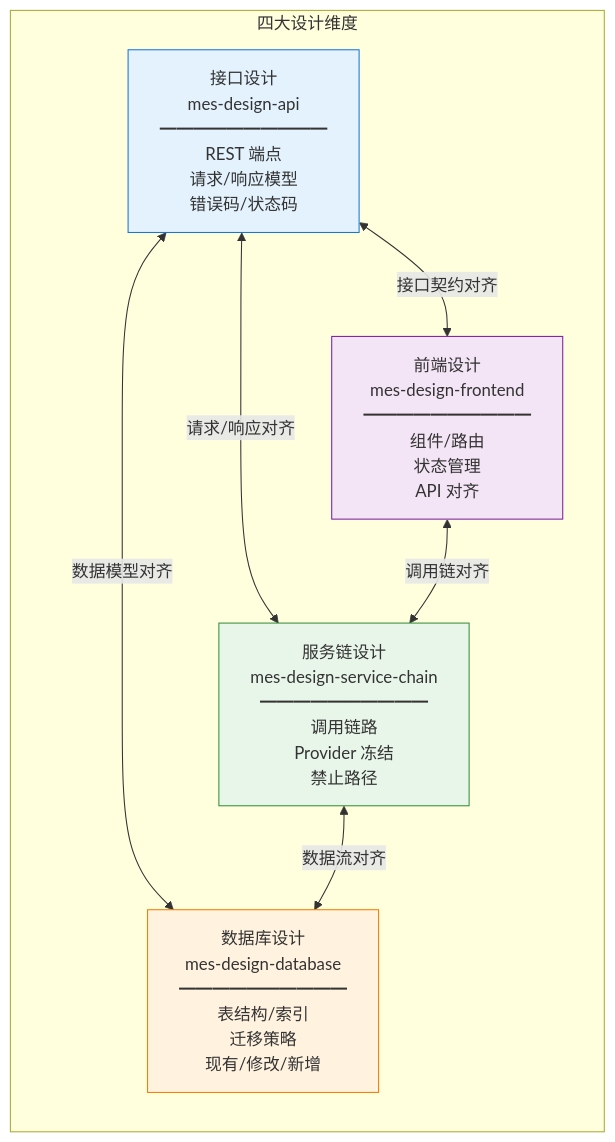
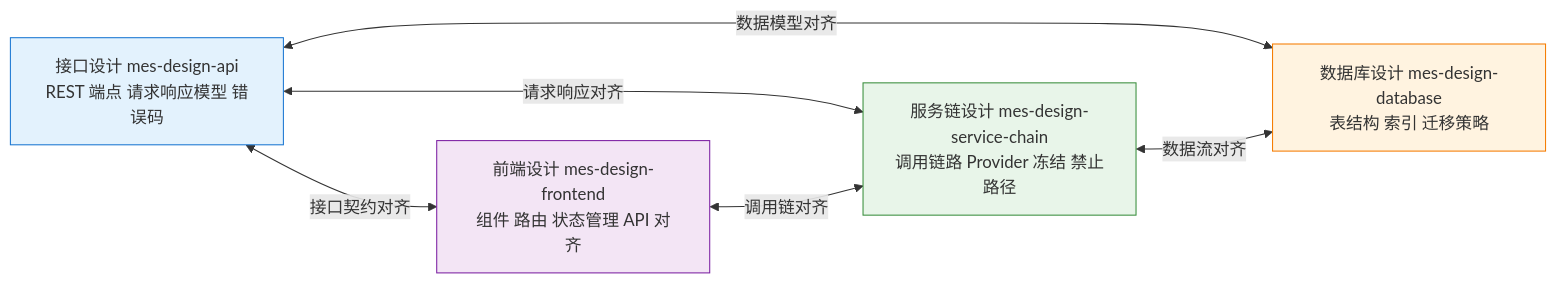
The second of 5 diagrams in mes-ai-dev/workspace/training/03-phase-design-flowchart.md (mes-openai/mes-ai-dev), drawn with Mermaid before and after one commit. The commit also changed other lines of this file and 12 other files, not shown here.

Commit message:
重新生成阶段流程图

````diff
--- a/mes-ai-dev/workspace/training/03-phase-design-flowchart.md
+++ b/mes-ai-dev/workspace/training/03-phase-design-flowchart.md
@@ -134,20 +130,18 @@
 ```mermaid
 flowchart LR
-    subgraph DESIGN_DIMENSIONS["四大设计维度"]
-        API["接口设计<br/>mes-design-api<br/>━━━━━━━━━━<br/>REST 端点<br/>请求/响应模型<br/>错误码/状态码"]
-        DB["数据库设计<br/>mes-design-database<br/>━━━━━━━━━━<br/>表结构/索引<br/>迁移策略<br/>现有/修改/新增"]
-        SVC["服务链设计<br/>mes-design-service-chain<br/>━━━━━━━━━━<br/>调用链路<br/>Provider 冻结<br/>禁止路径"]
-        FE["前端设计<br/>mes-design-frontend<br/>━━━━━━━━━━<br/>组件/路由<br/>状态管理<br/>API 对齐"]
-    end
+    API["接口设计 mes-design-api<br>REST 端点 请求响应模型 错误码"]
+    DB["数据库设计 mes-design-database<br>表结构 索引 迁移策略"]
+    SVC["服务链设计 mes-design-service-chain<br>调用链路 Provider 冻结 禁止路径"]
+    FE["前端设计 mes-design-frontend<br>组件 路由 状态管理 API 对齐"]
 
-    API <-->|请求/响应对齐| SVC
-    API <-->|数据模型对齐| DB
-    API <-->|接口契约对齐| FE
-    SVC <-->|数据流对齐| DB
-    FE <-->|调用链对齐| SVC
+    API <-->|"请求响应对齐"| SVC
+    API <-->|"数据模型对齐"| DB
+    API <-->|"接口契约对齐"| FE
+    SVC <-->|"数据流对齐"| DB
+    FE <-->|"调用链对齐"| SVC
 
     style API fill:#E3F2FD,stroke:#1976D2
     style DB fill:#FFF3E0,stroke:#F57C00
     style SVC fill:#E8F5E9,stroke:#388E3C
     style FE fill:#F3E5F5,stroke:#7B1FA2
 ```
````
